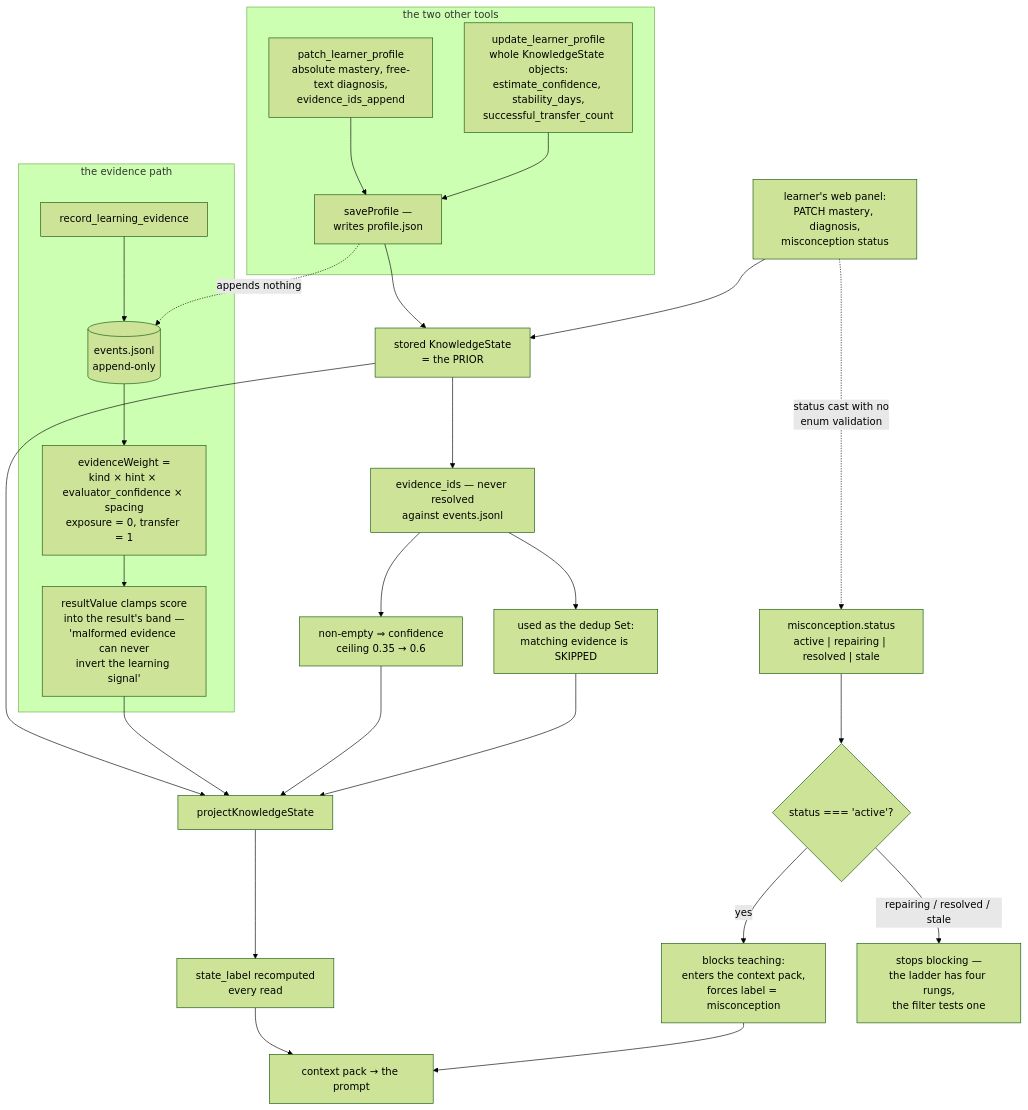
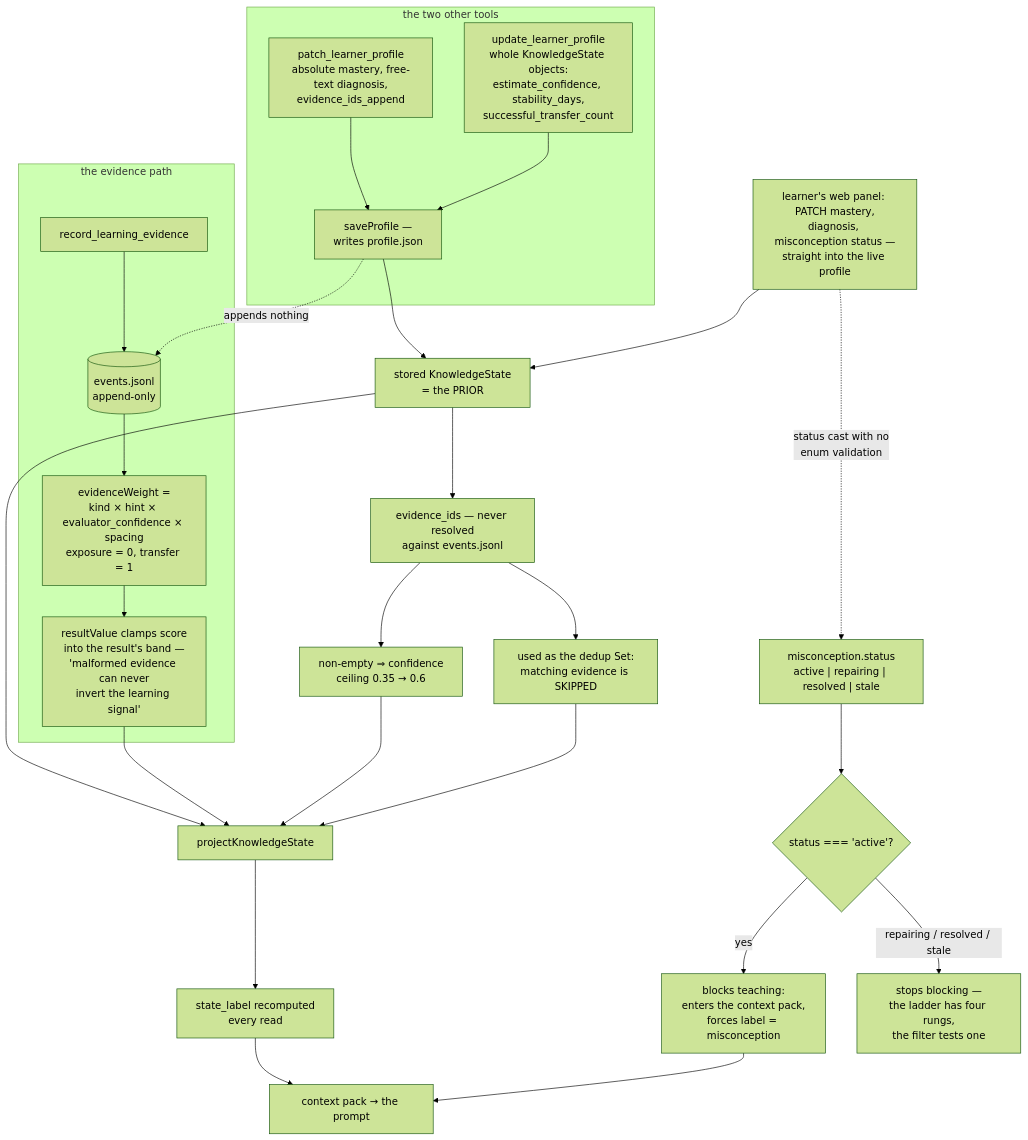
The diagram in content/systems/inno-agent.md (neoneye/agent-memory-atlas), drawn with Mermaid (forest theme) before and after one commit. The commit also changed other lines of this file and 13 other files, not shown here.

First line of the commit message:
inno-agent re-pinned at 4fe5cc9: the panel's edit is authoritative by its own record, so human_review is withdrawn

````diff
--- a/content/systems/inno-agent.md
+++ b/content/systems/inno-agent.md
@@ -107,30 +106,30 @@
 ```mermaid
 %% caption: evidence reaches the projection through a weighted, guarded path that cannot be faked; the two profile tools write the prior that projection starts from, and skip the event log entirely
 flowchart TB
     subgraph EV["the evidence path"]
         T1["record_learning_evidence"] --> LOG[("events.jsonl<br/>append-only")]
         LOG --> W["evidenceWeight =<br/>kind × hint × evaluator_confidence × spacing<br/>exposure = 0, transfer = 1"]
         W --> RV["resultValue clamps score<br/>into the result's band —<br/>'malformed evidence can never<br/>invert the learning signal'"]
     end
     subgraph TOOLS["the two other tools"]
         P["patch_learner_profile<br/>absolute mastery, free-text diagnosis,<br/>evidence_ids_append"] --> SAVE["saveProfile —<br/>writes profile.json"]
         U["update_learner_profile<br/>whole KnowledgeState objects:<br/>estimate_confidence, stability_days,<br/>successful_transfer_count"] --> SAVE
         SAVE -.->|"appends nothing"| LOG
     end
     SAVE --> BASE["stored KnowledgeState<br/>= the PRIOR"]
     BASE --> PROJ["projectKnowledgeState"]
     RV --> PROJ
     IDS["evidence_ids — never resolved<br/>against events.jsonl"] --> GATE1["non-empty ⇒ confidence<br/>ceiling 0.35 → 0.6"]
     IDS --> GATE2["used as the dedup Set:<br/>matching evidence is SKIPPED"]
     BASE --> IDS
     GATE1 --> PROJ
     GATE2 --> PROJ
     PROJ --> LABEL["state_label recomputed<br/>every read"]
     MIS["misconception.status<br/>active | repairing | resolved | stale"] --> ACT{"status === 'active'?"}
     ACT -->|"yes"| BLOCK["blocks teaching:<br/>enters the context pack,<br/>forces label = misconception"]
     ACT -->|"repairing / resolved / stale"| PASS["stops blocking —<br/>the ladder has four rungs,<br/>the filter tests one"]
-    HUMAN["learner's web panel:<br/>PATCH mastery, diagnosis,<br/>misconception status"] --> BASE
+    HUMAN["learner's web panel: PATCH mastery,<br/>diagnosis, misconception status —<br/>straight into the live profile"] --> BASE
     HUMAN -.->|"status cast with no<br/>enum validation"| MIS
     LABEL --> PACK["context pack → the prompt"]
     BLOCK --> PACK
 ```
````
